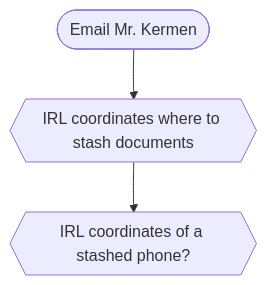
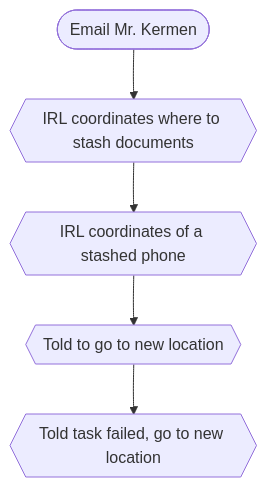
One commit to 3ncy/ARRS-s5 changed the diagram in irl2-tracker.md. Above: the diagram before and after it, drawn with Mermaid.

````diff
--- a/irl2-tracker.md
+++ b/irl2-tracker.md
@@ -4,5 +4,7 @@
 ```mermaid
 graph TD;
     email(["Email Mr. Kermen"]) --> irl2{{IRL coordinates where to stash documents}};
-    irl2 --> irl3{{IRL coordinates of a stashed phone?}}
+    irl2 --> irl3{{IRL coordinates of a stashed phone}};
+    irl3 --> irl4{{Told to go to new location}};
+    irl4 --> irl5{{Told task failed, go to new location}}
 ```
````
